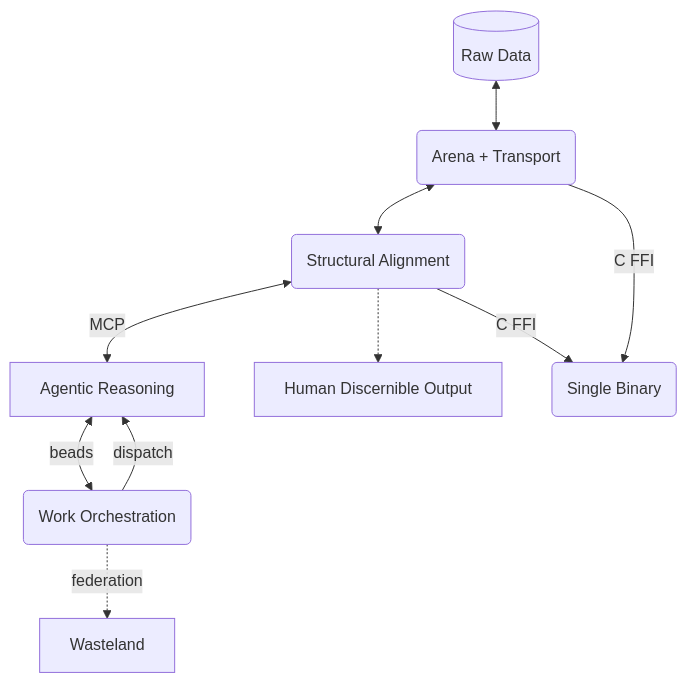
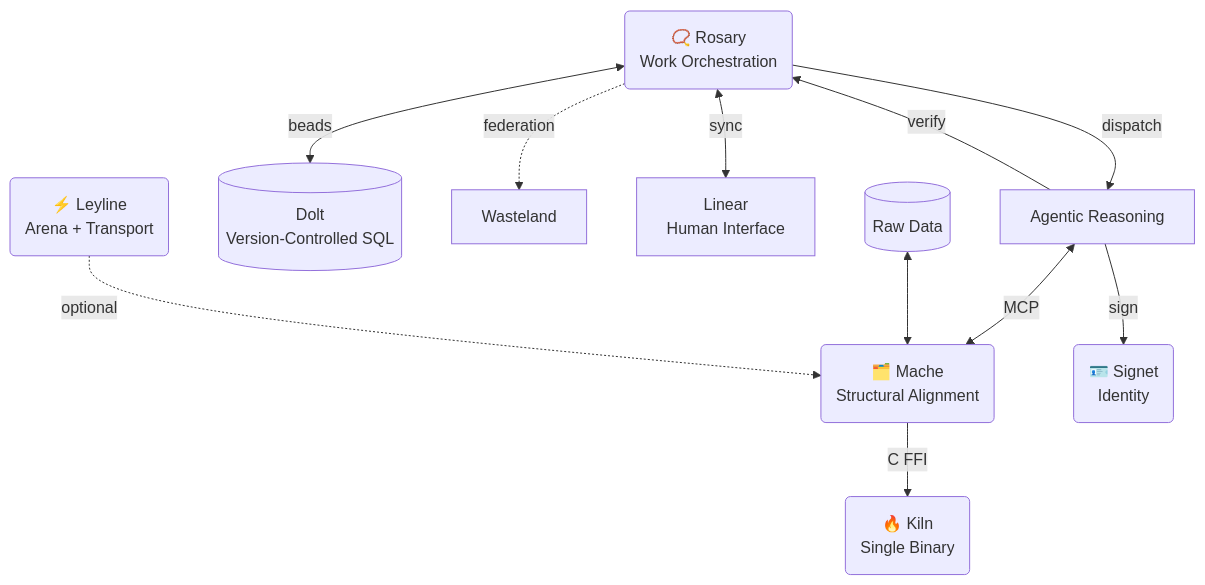
The diagram in profile/README.md (agentic-research/.github), drawn with Mermaid before and after one commit. The commit also changed other lines of this file, not shown here.

````diff
--- a/profile/README.md
+++ b/profile/README.md
@@ -7,10 +7,17 @@
 ```mermaid
 graph TD
-    Data[(Raw Data)] <--> Leyline(Arena + Transport) <--> Mache(Structural Alignment)
-    Mache <-->|MCP| Agent[Agentic Reasoning]
-    Mache -.-> Human[Human Discernible Output]
-    Leyline & Mache -->|C FFI| Kiln(Single Binary)
-    Agent <-->|beads| Rosary(Work Orchestration)
-    Rosary -->|dispatch| Agent
+    Rosary(📿 Rosary<br/>Work Orchestration)
+    Rosary -->|dispatch| Agent[Agentic Reasoning]
+    Rosary <-->|beads| Dolt[(Dolt<br/>Version-Controlled SQL)]
     Rosary -.->|federation| Wasteland[Wasteland]
+    Rosary <-->|sync| Linear[Linear<br/>Human Interface]
+
+    Agent <-->|MCP| Mache(🗂️ Mache<br/>Structural Alignment)
+    Agent -->|sign| Signet(🪪 Signet<br/>Identity)
+    Agent -->|verify| Rosary
+
+    Data[(Raw Data)] <--> Mache
+    Mache -->|C FFI| Kiln(🔥 Kiln<br/>Single Binary)
+
+    Leyline(⚡ Leyline<br/>Arena + Transport) -.->|optional| Mache
 ```
````
